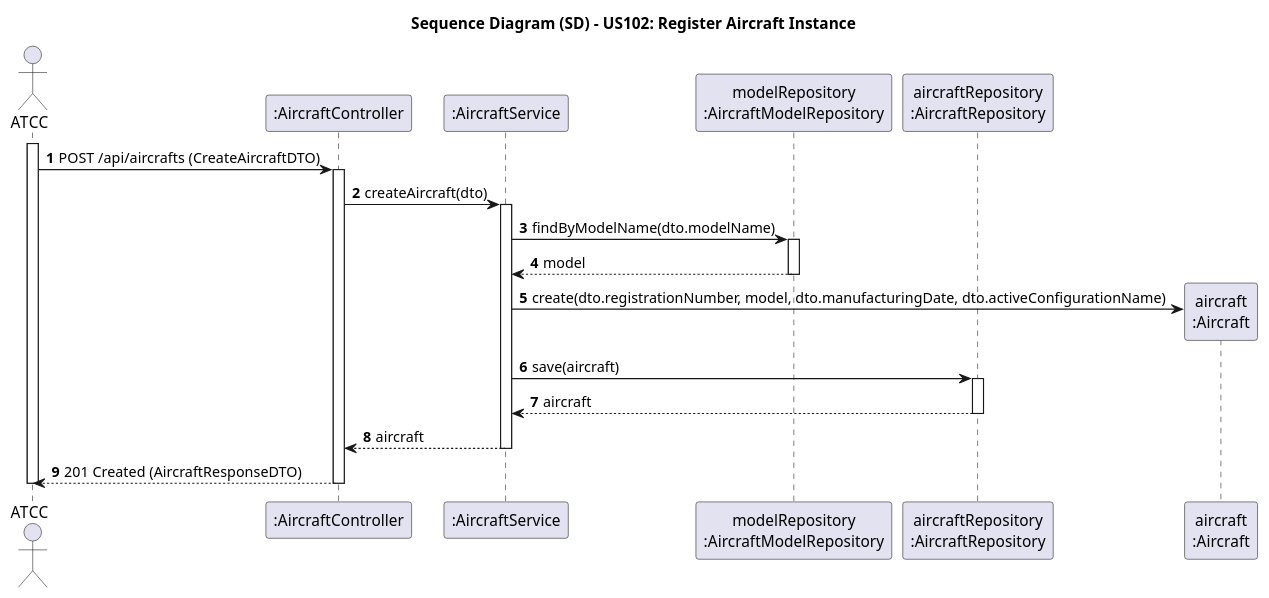
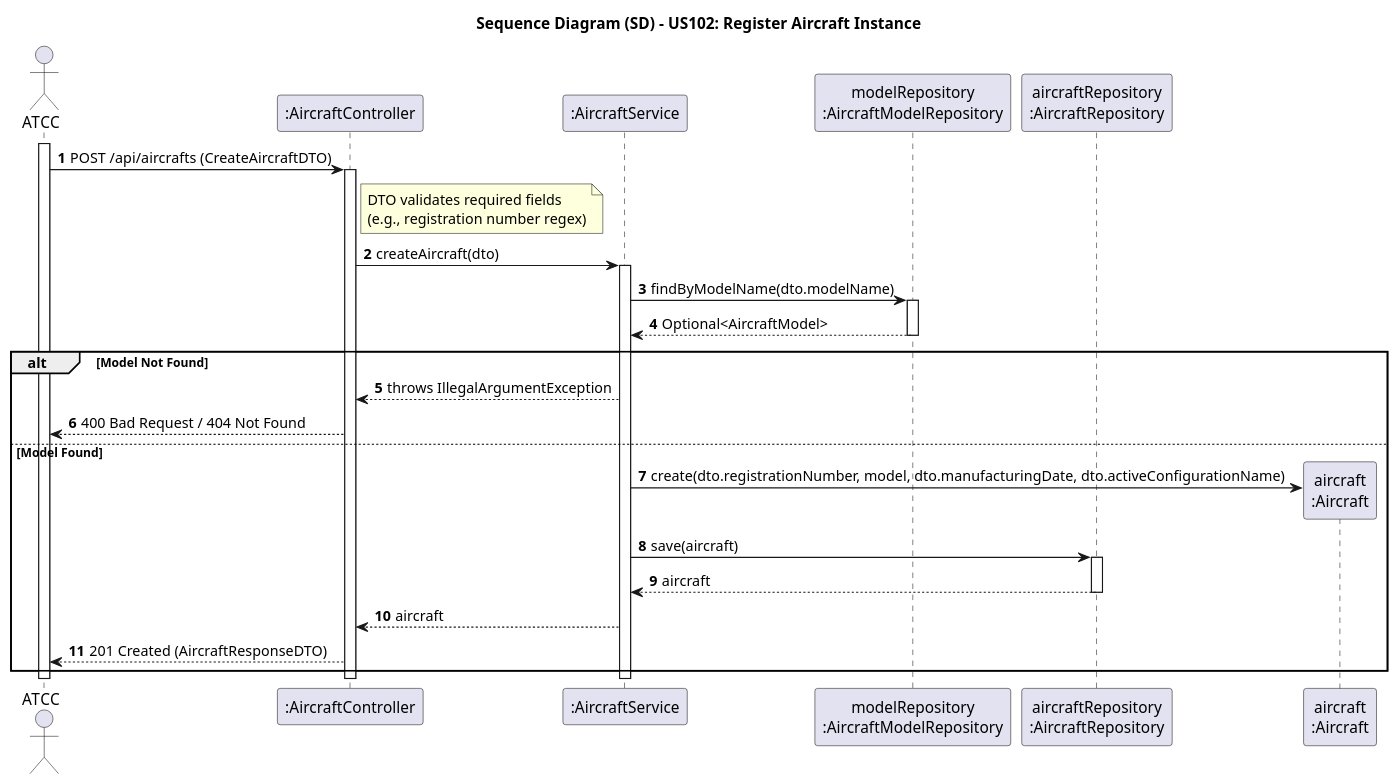
The diagram in docs/use-cases/WP#1A/US102/puml/US102-SD.puml (Andre-1240567/psoft2026_2DB_1240567_1241013_1240624), drawn with PlantUML before and after one commit. The commit also changed 26 other files, not shown here.

```diff
--- a/docs/use-cases/WP#1A/US102/puml/US102-SD.puml
+++ b/docs/use-cases/WP#1A/US102/puml/US102-SD.puml
@@ -1,40 +1,44 @@
 @startuml SD_US102
 autonumber
 title Sequence Diagram (SD) - US102: Register Aircraft Instance
 
 actor "ATCC" as ATCC
 participant ":AircraftController" as Ctrl
 participant ":AircraftService" as Service
 participant "modelRepository\n:AircraftModelRepository" as RepoModel
 participant "aircraftRepository\n:AircraftRepository" as RepoAir
 participant "aircraft\n:Aircraft" as Aircraft
 
 activate ATCC
 ATCC -> Ctrl: POST /api/aircrafts (CreateAircraftDTO)
 activate Ctrl
 
+note right of Ctrl: DTO validates required fields\n(e.g., registration number regex)
+
 Ctrl -> Service: createAircraft(dto)
 activate Service
 
-' 1. Verifica se o Modelo de Avião existe na BD
 Service -> RepoModel: findByModelName(dto.modelName)
 activate RepoModel
-RepoModel --> Service: model
+RepoModel --> Service: Optional<AircraftModel>
 deactivate RepoModel
 
-' 2. Criação da Entidade em memória
-Service -> Aircraft**: create(dto.registrationNumber, model, dto.manufacturingDate, dto.activeConfigurationName)
+alt Model Not Found
+    Service --> Ctrl: throws IllegalArgumentException
+    Ctrl --> ATCC: 400 Bad Request / 404 Not Found
+else Model Found
 
-' 3. Persistência na Base de Dados
-Service -> RepoAir: save(aircraft)
-activate RepoAir
-RepoAir --> Service: aircraft
-deactivate RepoAir
+    Service -> Aircraft**: create(dto.registrationNumber, model, dto.manufacturingDate, dto.activeConfigurationName)
+    Service -> RepoAir: save(aircraft)
+    activate RepoAir
+    RepoAir --> Service: aircraft
+    deactivate RepoAir
 
-Service --> Ctrl: aircraft
+    Service --> Ctrl: aircraft
+
+    Ctrl --> ATCC: 201 Created (AircraftResponseDTO)
+end
 deactivate Service
-
-Ctrl --> ATCC: 201 Created (AircraftResponseDTO)
 deactivate Ctrl
 deactivate ATCC
 @enduml
```
